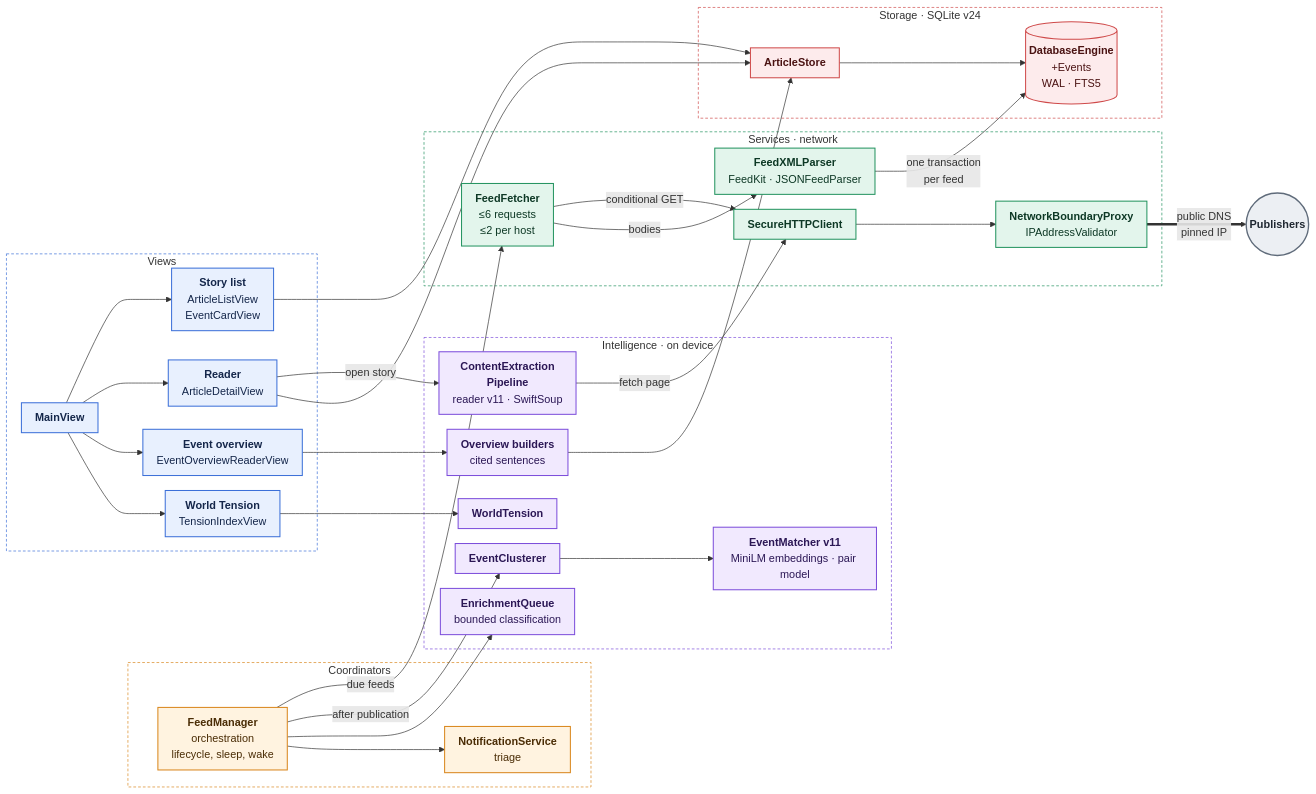
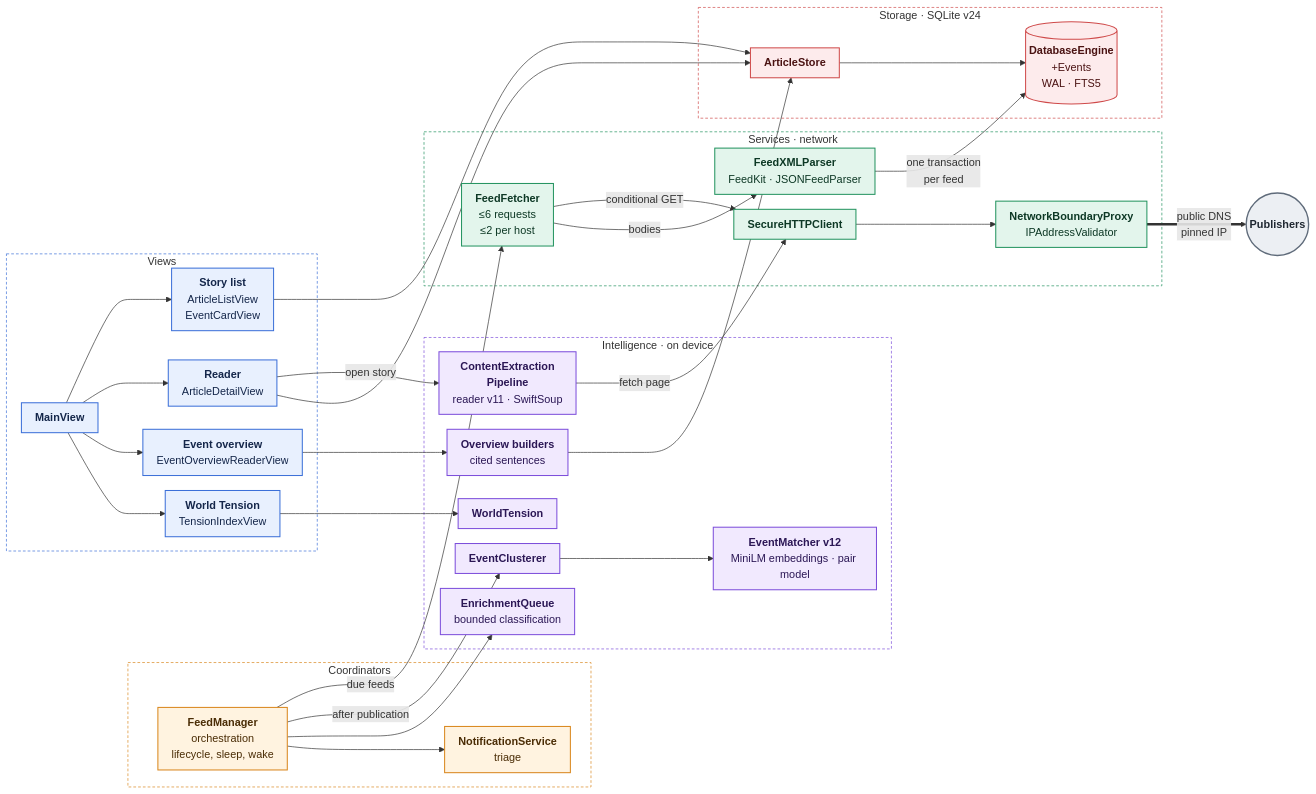
Before and after one commit to marspater/NewsApp-macOS: the first of 3 diagrams in docs/ARCHITECTURE.md, drawn with Mermaid. The commit also changed other lines of this file and 8 other files, not shown here.

First line of the commit message:
feat(events): headline names as anchors (matcher v12); event judge removed (#580)

````diff
--- a/docs/ARCHITECTURE.md
+++ b/docs/ARCHITECTURE.md
@@ -22,75 +22,75 @@
 ```mermaid
 %%{init: {"flowchart": {"curve": "basis", "nodeSpacing": 22, "rankSpacing": 44, "padding": 10}}}%%
 flowchart LR
     subgraph Coord["Coordinators"]
         FM["<b>FeedManager</b><br/>orchestration<br/>lifecycle, sleep, wake"]
         NS["<b>NotificationService</b><br/>triage"]
     end
 
     subgraph UI["Views"]
         Main["<b>MainView</b>"]
         List["<b>Story list</b><br/>ArticleListView<br/>EventCardView"]
         Reader["<b>Reader</b><br/>ArticleDetailView"]
         Overview["<b>Event overview</b><br/>EventOverviewReaderView"]
         Tension["<b>World Tension</b><br/>TensionIndexView"]
     end
 
     subgraph Intel["Intelligence · on device"]
         EQ["<b>EnrichmentQueue</b><br/>bounded classification"]
         EC["<b>EventClusterer</b>"]
-        EM["<b>EventMatcher v11</b><br/>MiniLM embeddings · pair model"]
+        EM["<b>EventMatcher v12</b><br/>MiniLM embeddings · pair model"]
         CEP["<b>ContentExtraction<br/>Pipeline</b><br/>reader v11 · SwiftSoup"]
         OV["<b>Overview builders</b><br/>cited sentences"]
         WT["<b>WorldTension</b>"]
     end
 
     subgraph Svc["Services · network"]
         FF["<b>FeedFetcher</b><br/>≤6 requests<br/>≤2 per host"]
         Parse["<b>FeedXMLParser</b><br/>FeedKit · JSONFeedParser"]
         HTTP["<b>SecureHTTPClient</b>"]
         GW["<b>NetworkBoundaryProxy</b><br/>IPAddressValidator"]
     end
 
     subgraph Store["Storage · SQLite v24"]
         AS["<b>ArticleStore</b>"]
         DB[("<b>DatabaseEngine</b><br/>+Events<br/>WAL · FTS5")]
     end
 
     Net(("<b>Publishers</b>"))
 
     FM -->|due feeds| FF
     FM -->|after publication| EC
     FM --> EQ & NS
     EC --> EM
     FF -->|conditional GET| HTTP
     FF -->|bodies| Parse
     Parse -->|one transaction<br/>per feed| DB
     Main --> List & Reader & Overview & Tension
     Reader -->|open story| CEP
     CEP -->|fetch page| HTTP
     HTTP --> GW
     GW ==>|public DNS<br/>pinned IP| Net
     Overview --> OV
     OV --> AS
     List & Reader --> AS
     AS --> DB
     Tension --> WT
 
     classDef ui fill:#E8F0FE,stroke:#3B6FD8,stroke-width:1.5px,color:#14264A
     classDef coord fill:#FFF3E0,stroke:#D9861C,stroke-width:1.5px,color:#4A2C05
     classDef intel fill:#F1E9FE,stroke:#7C4DDB,stroke-width:1.5px,color:#2B1755
     classDef svc fill:#E3F5EC,stroke:#23935F,stroke-width:1.5px,color:#0D3825
     classDef store fill:#FDEBEC,stroke:#CF4A4A,stroke-width:1.5px,color:#4A1212
     classDef ext fill:#ECEFF3,stroke:#5F6B7A,stroke-width:2px,color:#1E2630
     class Main,List,Reader,Overview,Tension ui
     class FM,NS coord
     class CEP,EQ,EC,EM,OV,WT intel
     class FF,Parse,HTTP,GW svc
     class AS,DB store
     class Net ext
     style UI fill:none,stroke:#3B6FD8,stroke-dasharray:4 3
     style Coord fill:none,stroke:#D9861C,stroke-dasharray:4 3
     style Intel fill:none,stroke:#7C4DDB,stroke-dasharray:4 3
     style Svc fill:none,stroke:#23935F,stroke-dasharray:4 3
     style Store fill:none,stroke:#CF4A4A,stroke-dasharray:4 3
 ```
````
